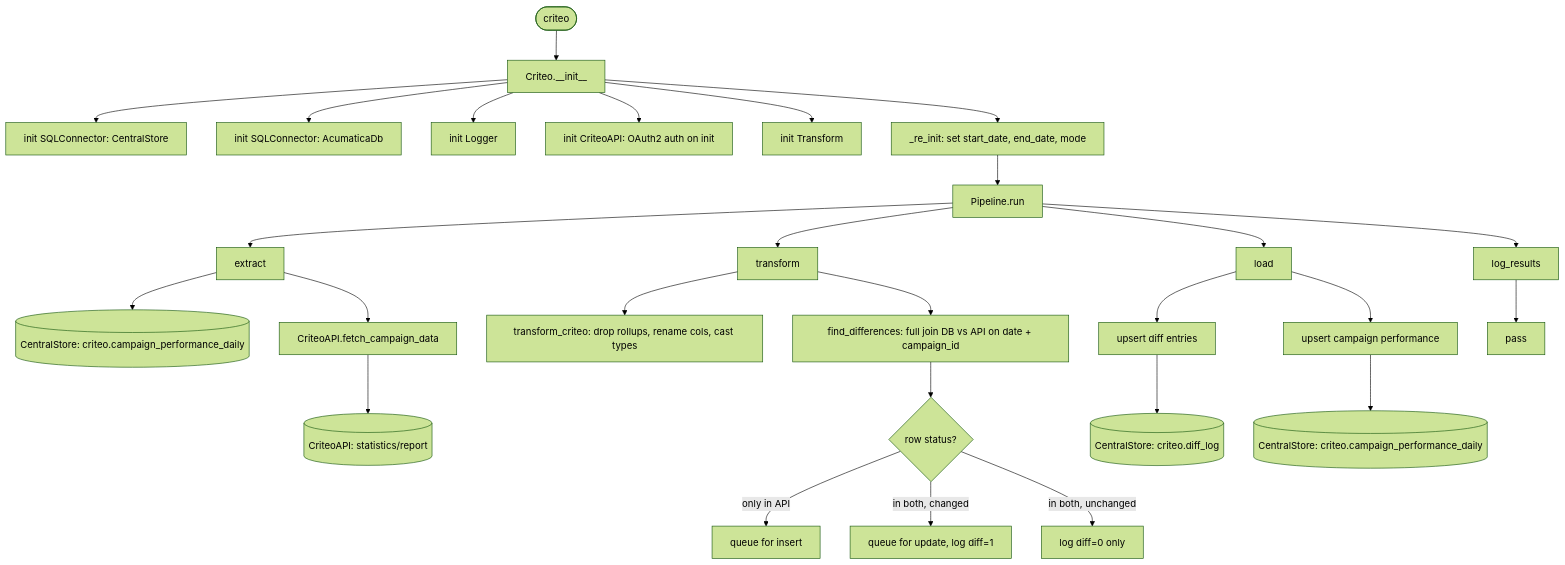
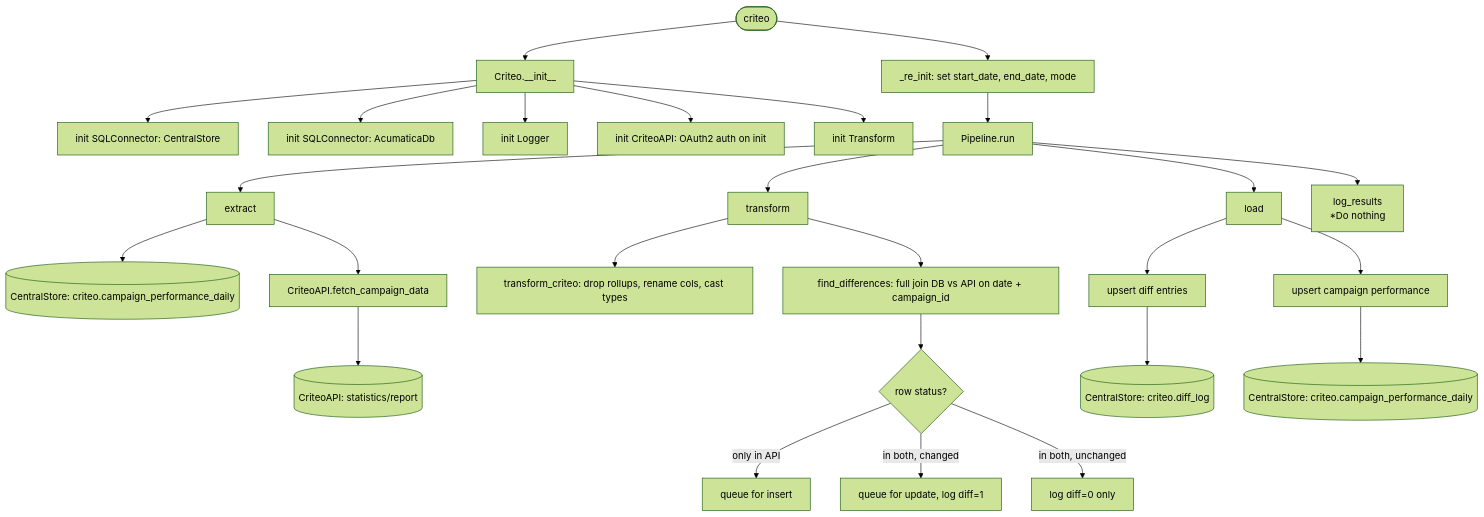
One commit to journeyhl/logistics-integration-platform changed the diagram in docs/pipelines/criteo.md. Above: the diagram before and after it, drawn with Mermaid (forest theme). The commit also changed 20 other files, not shown here.

````diff
--- a/docs/pipelines/criteo.md
+++ b/docs/pipelines/criteo.md
@@ -1,34 +1,33 @@
 ```mermaid
 %%{init: {"flowchart": {"wrappingWidth": 400}}}%%
 flowchart TD
     A([criteo]) --> B[Criteo.__init__]
     B --> B1[init SQLConnector: CentralStore]
     B --> B2[init SQLConnector: AcumaticaDb]
     B --> B3[init Logger]
     B --> B4[init CriteoAPI: OAuth2 auth on init]
     B --> B5[init Transform]
-    B --> RI[_re_init: set start_date, end_date, mode]
+    A --> RI[_re_init: set start_date, end_date, mode]
     RI --> RUN[Pipeline.run]
 
     RUN --> EX[extract]
     EX --> D1[(CentralStore: criteo.campaign_performance_daily)]
     EX --> API[CriteoAPI.fetch_campaign_data]
     API --> D2[(CriteoAPI: statistics/report)]
 
     RUN --> TR[transform]
     TR --> T1[transform_criteo: drop rollups, rename cols, cast types]
     TR --> T2[find_differences: full join DB vs API on date + campaign_id]
     T2 --> T3{row status?}
     T3 -->|only in API| T4[queue for insert]
     T3 -->|in both, changed| T5[queue for update, log diff=1]
     T3 -->|in both, unchanged| T6[log diff=0 only]
 
     RUN --> LD[load]
     LD --> LS1[upsert diff entries]
     LS1 --> CS1[(CentralStore: criteo.diff_log)]
     LD --> LS2[upsert campaign performance]
     LS2 --> CS2[(CentralStore: criteo.campaign_performance_daily)]
 
-    RUN --> LR[log_results]
-    LR --> LO[pass]
+    RUN --> LR[log_results<br/>*Do nothing]
 ```
````
